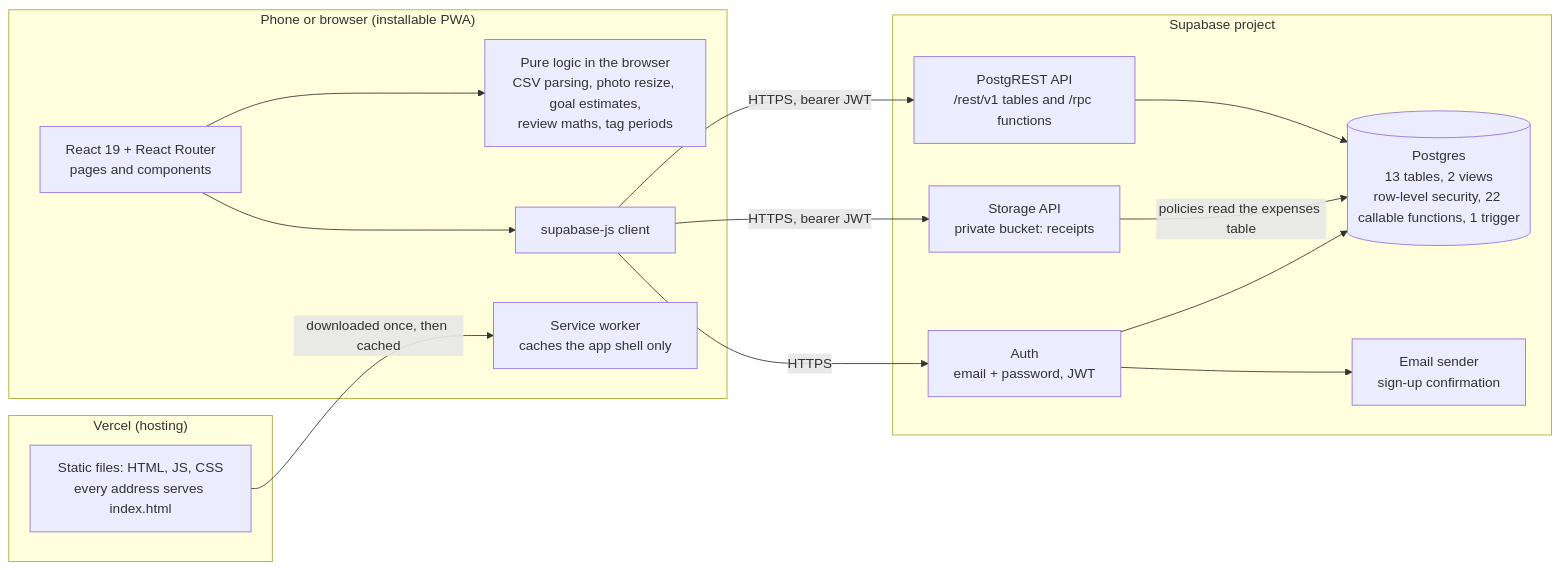
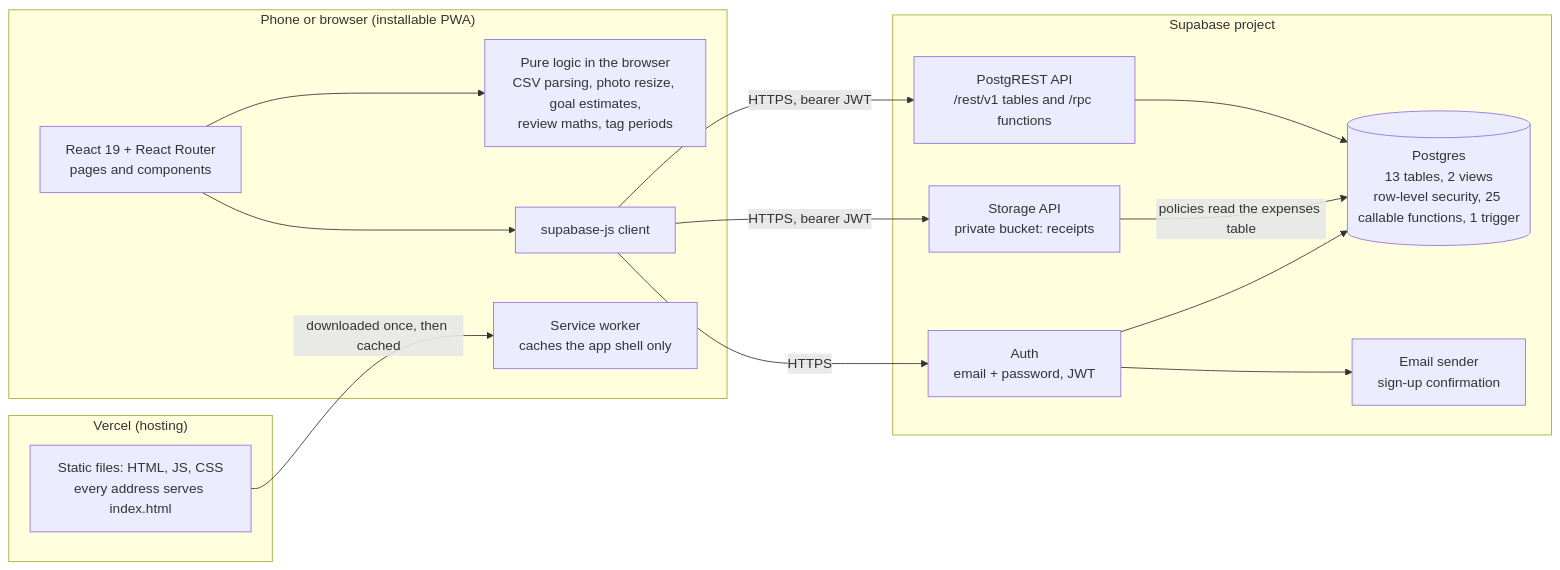
Before and after one commit to tqnhu/FamilyFinance: the first of 6 diagrams in docs/ARCHITECTURE.md, drawn with Mermaid. The commit also changed other lines of this file and 20 other files, not shown here.

````diff
--- a/docs/ARCHITECTURE.md
+++ b/docs/ARCHITECTURE.md
@@ -12,29 +12,29 @@
 ```mermaid
 flowchart LR
   subgraph Device["Phone or browser (installable PWA)"]
     UI["React 19 + React Router<br/>pages and components"]
     LIB["Pure logic in the browser<br/>CSV parsing, photo resize, goal estimates,<br/>review maths, tag periods"]
     SDK["supabase-js client"]
     SW["Service worker<br/>caches the app shell only"]
   end
   subgraph Vercel["Vercel (hosting)"]
     STATIC["Static files: HTML, JS, CSS<br/>every address serves index.html"]
   end
   subgraph Supabase["Supabase project"]
     AUTH["Auth<br/>email + password, JWT"]
     REST["PostgREST API<br/>/rest/v1 tables and /rpc functions"]
     STORE["Storage API<br/>private bucket: receipts"]
-    PG[("Postgres<br/>13 tables, 2 views<br/>row-level security, 22 callable functions, 1 trigger")]
+    PG[("Postgres<br/>13 tables, 2 views<br/>row-level security, 25 callable functions, 1 trigger")]
     MAIL["Email sender<br/>sign-up confirmation"]
   end
   UI --> LIB
   UI --> SDK
   STATIC -- "downloaded once, then cached" --> SW
   SDK -- "HTTPS, bearer JWT" --> REST
   SDK -- "HTTPS, bearer JWT" --> STORE
   SDK -- "HTTPS" --> AUTH
   REST --> PG
   STORE -- "policies read the expenses table" --> PG
   AUTH --> PG
   AUTH --> MAIL
 ```
````
